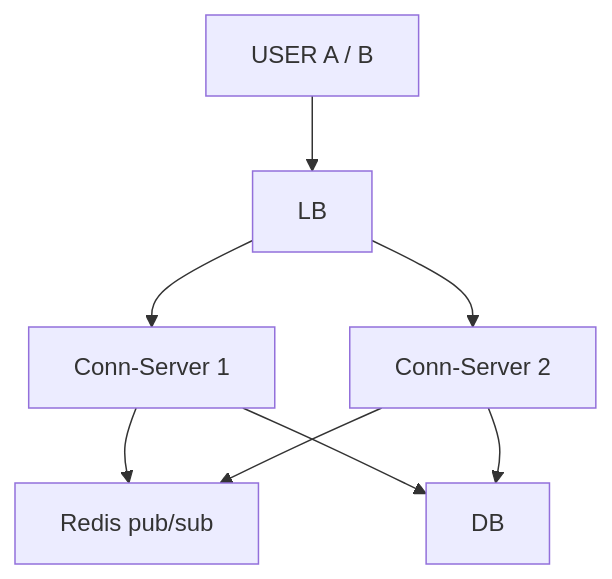
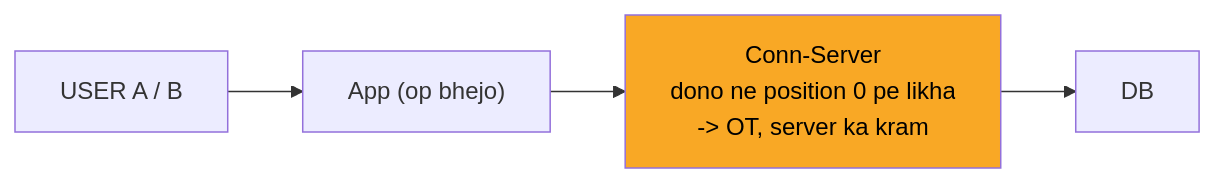
One commit to ArpanMaheshwari144/Prep changed the fourth of 10 diagrams in 04_HLD/SYSTEM_DESIGNS/11_google_docs_collab/11_google_docs_collab.md. Above: the diagram before and after it, drawn with Mermaid. The commit also changed other lines of this file and 2 other files, not shown here.

Commit message:
docs, kafka, banking: one-day story, short cards, follow-ups with rules, highlighted diagrams

````diff
--- a/04_HLD/SYSTEM_DESIGNS/11_google_docs_collab/11_google_docs_collab.md
+++ b/04_HLD/SYSTEM_DESIGNS/11_google_docs_collab/11_google_docs_collab.md
@@ -121,16 +128,11 @@
 ```mermaid
-flowchart TD
-    n_USER_A_B["USER A / B"]
-    n_LB["LB"]
-    n_Conn_Server_x_N_1["Conn-Server 1"]
-    n_Conn_Server_x_N_2["Conn-Server 2"]
-    n_Redis_pub_sub["Redis pub/sub"]
+flowchart LR
+    n_USER["USER A / B"]
+    n_App["App (op bhejo)"]
+    n_CS["Conn-Server<br/>dono ne position 0 pe likha<br/>-> OT, server ka kram"]
     n_DB["DB"]
-    n_USER_A_B --> n_LB
-    n_LB --> n_Conn_Server_x_N_1
-    n_LB --> n_Conn_Server_x_N_2
-    n_Conn_Server_x_N_1 --> n_Redis_pub_sub
-    n_Conn_Server_x_N_2 --> n_Redis_pub_sub
-    n_Conn_Server_x_N_1 --> n_DB
-    n_Conn_Server_x_N_2 --> n_DB
+    n_USER --> n_App
+    n_App --> n_CS
+    n_CS --> n_DB
+    style n_CS fill:#f9a825,color:#000
 ```
````
